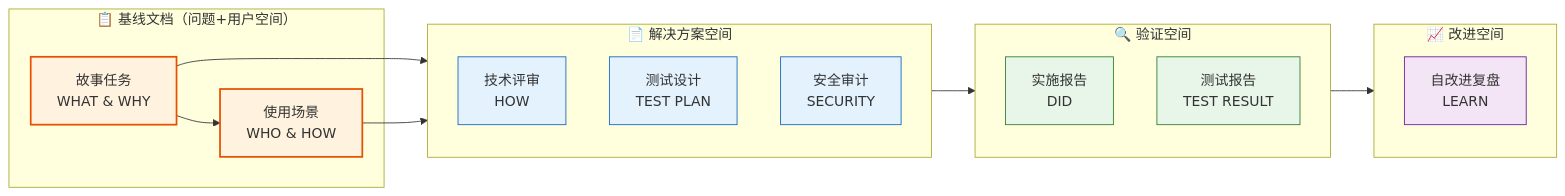
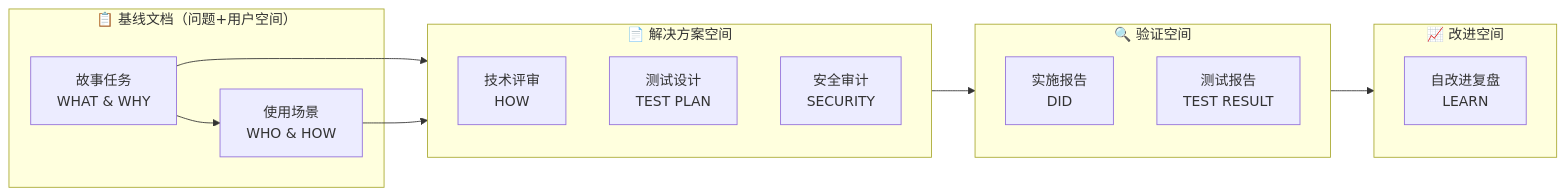
Before and after one commit to effiy/YrY: the fourth of 13 diagrams in skills/rui/formulas.md, drawn with Mermaid. The commit also changed other lines of this file and 61 other files, not shown here.

````diff
--- a/skills/rui/formulas.md
+++ b/skills/rui/formulas.md
@@ -185,27 +182,23 @@
 ```mermaid
 flowchart LR
     subgraph 基线["📋 基线文档（问题+用户空间）"]
         F01["故事任务<br/>WHAT & WHY"]:::baseline
         F02["使用场景<br/>WHO & HOW"]:::baseline
     end
     subgraph 方案["📄 解决方案空间"]
         F03["技术评审<br/>HOW"]:::p1
         F04["测试设计<br/>TEST PLAN"]:::p1
         F05["安全审计<br/>SECURITY"]:::p1
     end
     subgraph 验证["🔍 验证空间"]
         F06["实施报告<br/>DID"]:::p2
         F07["测试报告<br/>TEST RESULT"]:::p2
     end
     subgraph 改进["📈 改进空间"]
         F08["自改进复盘<br/>LEARN"]:::p3
     end
     F01 --> F02
     F01 & F02 --> 方案
     方案 --> 验证 --> 改进
 
-    classDef baseline fill:#fff3e0,stroke:#e65100,stroke-width:2px;
-    classDef p1 fill:#e3f2fd,stroke:#1565c0;
-    classDef p2 fill:#e8f5e9,stroke:#2e7d32;
-    classDef p3 fill:#f3e5f5,stroke:#6a1b9a;
 ```
````
